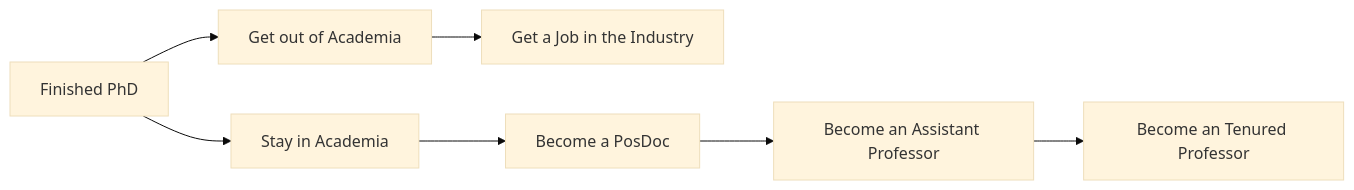
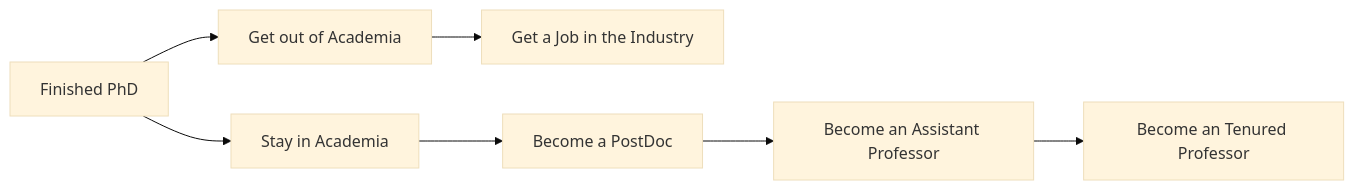
Before and after one commit to cesarsotovalero/cesarsotovalero.github.io: the diagram in _posts/2022/2022-02-22-how-a-researcher-profile-is-evaluated.md, drawn with Mermaid (base theme). The commit also changed other lines of this file, not shown here.

Commit message:
Update post

```diff
--- a/_posts/2022/2022-02-22-how-a-researcher-profile-is-evaluated.md
+++ b/_posts/2022/2022-02-22-how-a-researcher-profile-is-evaluated.md
@@ -46,9 +46,9 @@
 {% mermaid %}
 flowchart LR;
 a[Finished PhD] --> b[Stay in Academia];
 a[Finished PhD] --> c[Get out of Academia];
 c[Get out of Academia] --> j[Get a Job in the Industry];
-b[Stay in Academia] --> d[Become a PosDoc];
-d[Become a PosDoc] --> e[Become an Assistant Professor];
+b[Stay in Academia] --> d[Become a PostDoc];
+d[Become a PostDoc] --> e[Become an Assistant Professor];
 e[Become an Assistant Professor] --> f[Become an Tenured Professor];
 {% endmermaid %}
```
